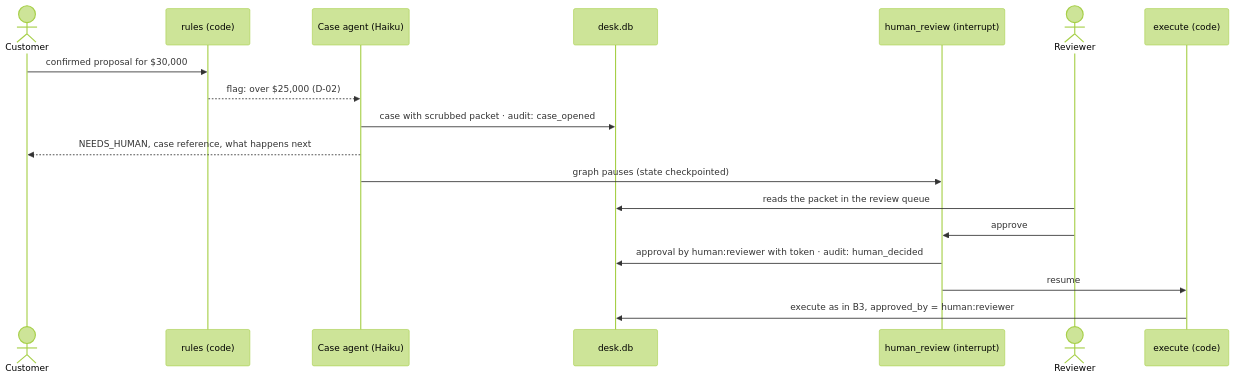
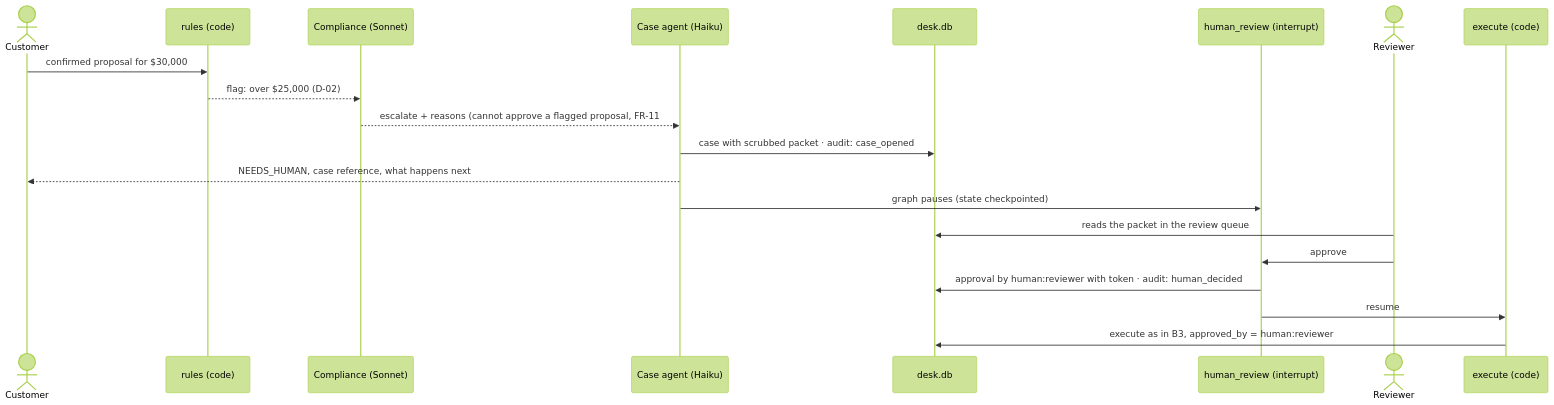
The fifth of 8 diagrams in docs/ARCHITECTURE.md (debudash/SPRServicingAgent), drawn with Mermaid (forest theme) before and after one commit. The commit also changed 1 other file, not shown here.

Commit message:
ARCHITECTURE 3.4: flagged proposals pass Compliance (#137); issue log #136, #137
The diagram showed rules -> case, against FR-11 and BH-B4-01; #137 (PR #135) follows the PRD and the golden set. The issue log gains the two defects the review of PR #135 found (fix commits land with #135).

````diff
--- a/docs/ARCHITECTURE.md
+++ b/docs/ARCHITECTURE.md
@@ -275,20 +275,22 @@
 ```mermaid
 sequenceDiagram
     actor C as Customer
     participant RU as rules (code)
+    participant CO as Compliance (Sonnet)
     participant CASE as Case agent (Haiku)
     participant DB as desk.db
     participant HR as human_review (interrupt)
     actor RV as Reviewer
     participant EX as execute (code)
     C->>RU: confirmed proposal for $30,000
-    RU-->>CASE: flag: over $25,000 (D-02)
+    RU-->>CO: flag: over $25,000 (D-02)
+    CO-->>CASE: escalate + reasons (cannot approve a flagged proposal, FR-11; #137)
     CASE->>DB: case with scrubbed packet · audit: case_opened
     CASE-->>C: NEEDS_HUMAN, case reference, what happens next
     CASE->>HR: graph pauses (state checkpointed)
     RV->>DB: reads the packet in the review queue
     RV->>HR: approve
     HR->>DB: approval by human:reviewer with token · audit: human_decided
     HR->>EX: resume
     EX->>DB: execute as in B3, approved_by = human:reviewer
 ```
````
